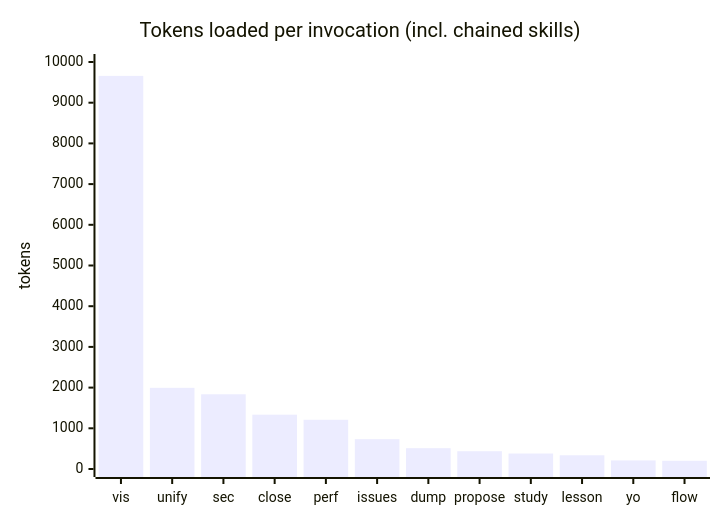
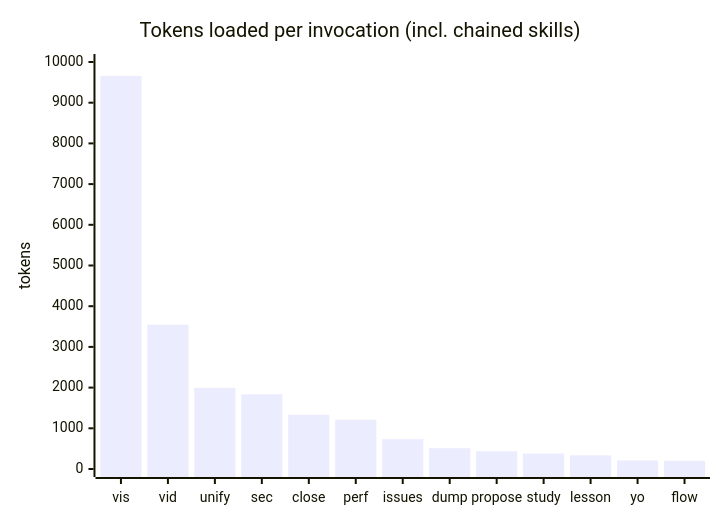
One commit to Banksy-said-hi/claude-skills changed the diagram in README.md. Above: the diagram before and after it, drawn with Mermaid. The commit also changed other lines of this file and 7 other files, not shown here.

````diff
--- a/README.md
+++ b/README.md
@@ -28,7 +29,7 @@
 ```mermaid
 xychart-beta
   title "Tokens loaded per invocation (incl. chained skills)"
-  x-axis ["vis", "unify", "sec", "close", "perf", "issues", "dump", "propose", "study", "lesson", "yo", "flow"]
+  x-axis ["vis", "vid", "unify", "sec", "close", "perf", "issues", "dump", "propose", "study", "lesson", "yo", "flow"]
   y-axis "tokens" 0 --> 10000
-  bar [9659, 1995, 1836, 1335, 1210, 733, 511, 437, 380, 337, 211, 202]
+  bar [9659, 3547, 1995, 1836, 1335, 1210, 733, 511, 437, 380, 337, 211, 202]
 ```
````
